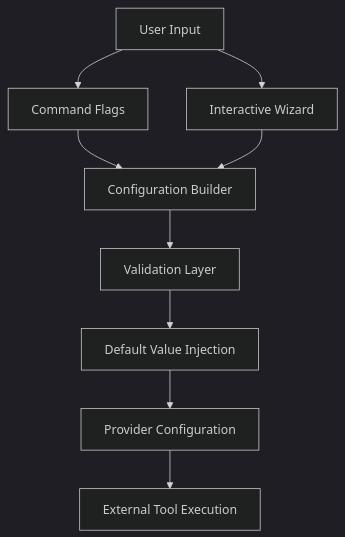
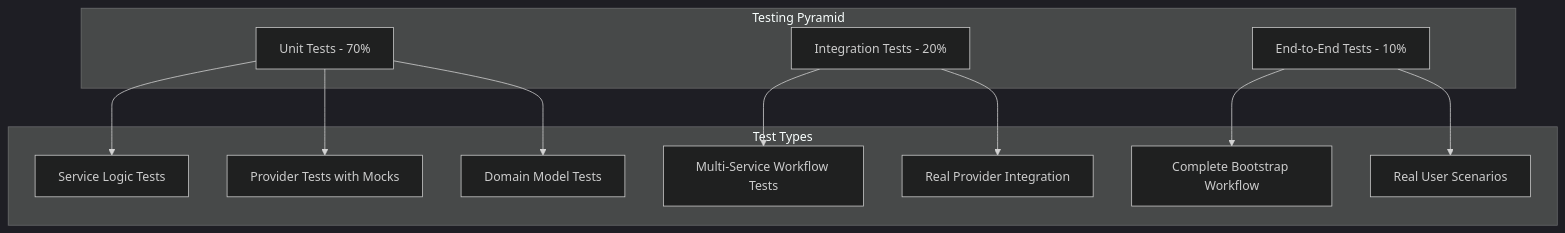
The seventh of 7 diagrams in docs/development/architecture/README.md (Praesto-Pro/openframe-cli), drawn with Mermaid (dark theme) before and after one commit. The commit also changed other lines of this file and 22 other files, not shown here.

````diff
--- a/docs/development/architecture/README.md
+++ b/docs/development/architecture/README.md
@@ -307,11 +413,20 @@
 ```mermaid
-flowchart TD
-    A[User Input] --> B[Command Flags]
-    A --> C[Interactive Wizard]
-    B --> D[Configuration Builder]
-    C --> D
-    D --> E[Validation Layer]
-    E --> F[Default Value Injection]
-    F --> G[Provider Configuration]
-    G --> H[External Tool Execution]
+graph TD
+    subgraph "Testing Pyramid"
+        Unit[Unit Tests - 70%]
+        Integration[Integration Tests - 20%]
+        E2E[End-to-End Tests - 10%]
+    end
+    
+    subgraph "Test Types"
+        Unit --> ServiceTests[Service Logic Tests]
+        Unit --> ProviderTests[Provider Tests with Mocks]
+        Unit --> ModelTests[Domain Model Tests]
+        
+        Integration --> WorkflowTests[Multi-Service Workflow Tests]
+        Integration --> ProviderIntegration[Real Provider Integration]
+        
+        E2E --> FullBootstrap[Complete Bootstrap Workflow]
+        E2E --> UserScenarios[Real User Scenarios]
+    end
 ```
````
